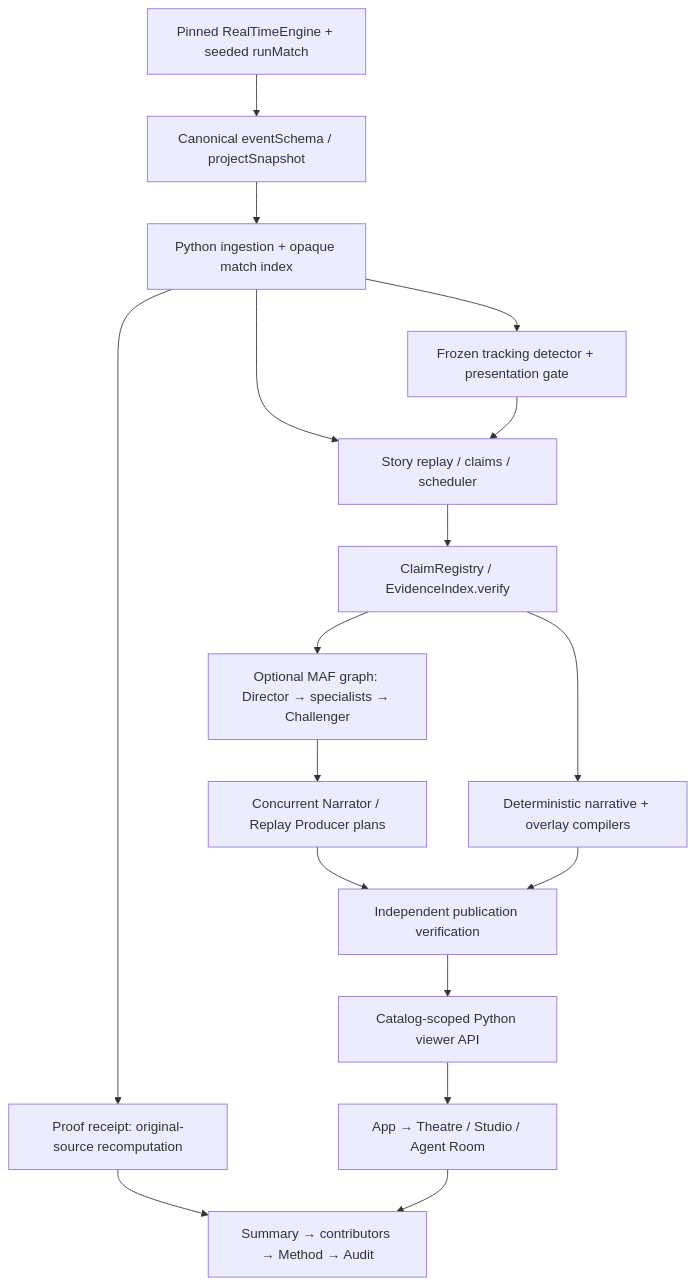
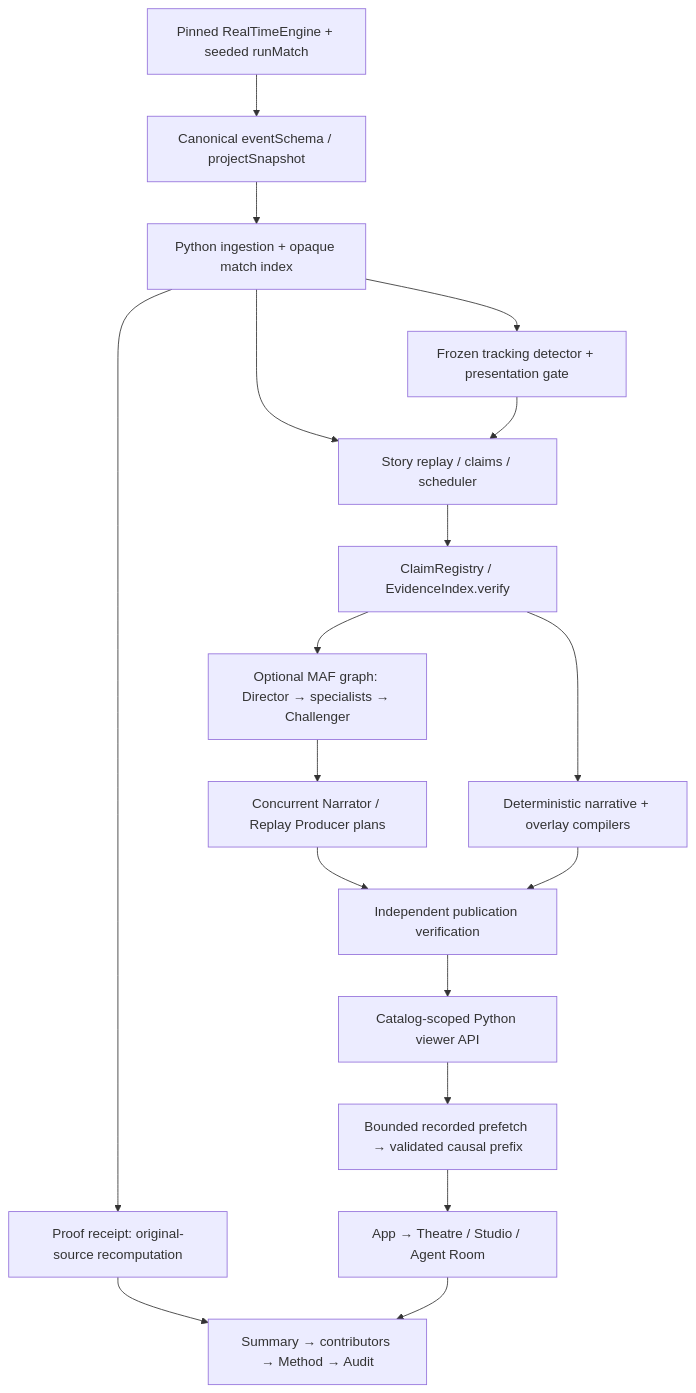
Before and after one commit to ansh0eman/matchpulse: the diagram in research/product-excellence/architecture.md, drawn with Mermaid. The commit also changed other lines of this file and 15 other files, not shown here.

Commit message:
Keep replay continuous with bounded causal source buffering

````diff
--- a/research/product-excellence/architecture.md
+++ b/research/product-excellence/architecture.md
@@ -5,19 +5,20 @@
 ```mermaid
 flowchart TD
   SIM["Pinned RealTimeEngine + seeded runMatch"] --> EVT["Canonical eventSchema / projectSnapshot"]
   EVT --> ING["Python ingestion + opaque match index"]
   ING --> STORIES["Story replay / claims / scheduler"]
   ING --> TRACK["Frozen tracking detector + presentation gate"]
   TRACK --> STORIES
   STORIES --> REG["ClaimRegistry / EvidenceIndex.verify"]
   REG --> FAST["Deterministic narrative + overlay compilers"]
   REG --> MAF["Optional MAF graph: Director → specialists → Challenger"]
   MAF --> BRANCH["Concurrent Narrator / Replay Producer plans"]
   BRANCH --> VERIFY["Independent publication verification"]
   FAST --> VERIFY
   VERIFY --> VIEW["Catalog-scoped Python viewer API"]
   ING --> PROOF["Proof receipt: original-source recomputation"]
-  VIEW --> UI["App → Theatre / Studio / Agent Room"]
+  VIEW --> BUFFER["Bounded recorded prefetch → validated causal prefix"]
+  BUFFER --> UI["App → Theatre / Studio / Agent Room"]
   PROOF --> LENS["Summary → contributors → Method → Audit"]
   UI --> LENS
 ```
````
